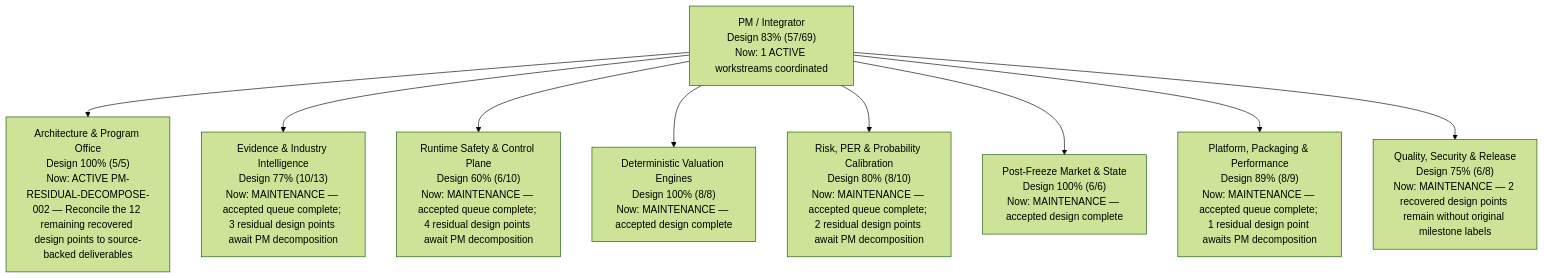
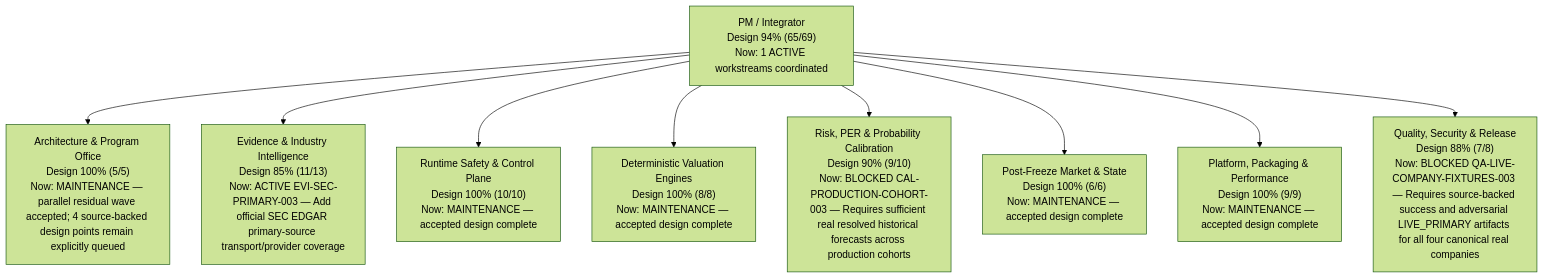
Before and after one commit to newwonwoo/valuation: the diagram in PROJECT_STATUS.md, drawn with Mermaid (forest theme). The commit also changed other lines of this file, not shown here.

Commit message:
Regenerate PM status after parallel residual acceptance

````diff
--- a/PROJECT_STATUS.md
+++ b/PROJECT_STATUS.md
@@ -24,12 +24,12 @@
 ```mermaid
 flowchart TB
-  PM["PM / Integrator<br/>Design 83% (57/69)<br/>Now: 1 ACTIVE workstreams coordinated"]
-  PM --> PMO["Architecture & Program Office<br/>Design 100% (5/5)<br/>Now: ACTIVE PM-RESIDUAL-DECOMPOSE-002 — Reconcile the 12 remaining recovered design points to source-backed deliverables"]
-  PM --> EVIDENCE["Evidence & Industry Intelligence<br/>Design 77% (10/13)<br/>Now: MAINTENANCE — accepted queue complete; 3 residual design points await PM decomposition"]
-  PM --> RUNTIME["Runtime Safety & Control Plane<br/>Design 60% (6/10)<br/>Now: MAINTENANCE — accepted queue complete; 4 residual design points await PM decomposition"]
+  PM["PM / Integrator<br/>Design 94% (65/69)<br/>Now: 1 ACTIVE workstreams coordinated"]
+  PM --> PMO["Architecture & Program Office<br/>Design 100% (5/5)<br/>Now: MAINTENANCE — parallel residual wave accepted; 4 source-backed design points remain explicitly queued"]
+  PM --> EVIDENCE["Evidence & Industry Intelligence<br/>Design 85% (11/13)<br/>Now: ACTIVE EVI-SEC-PRIMARY-003 — Add official SEC EDGAR primary-source transport/provider coverage"]
+  PM --> RUNTIME["Runtime Safety & Control Plane<br/>Design 100% (10/10)<br/>Now: MAINTENANCE — accepted design complete"]
   PM --> VALUATION["Deterministic Valuation Engines<br/>Design 100% (8/8)<br/>Now: MAINTENANCE — accepted design complete"]
-  PM --> CALIBRATION["Risk, PER & Probability Calibration<br/>Design 80% (8/10)<br/>Now: MAINTENANCE — accepted queue complete; 2 residual design points await PM decomposition"]
+  PM --> CALIBRATION["Risk, PER & Probability Calibration<br/>Design 90% (9/10)<br/>Now: BLOCKED CAL-PRODUCTION-COHORT-003 — Requires sufficient real resolved historical forecasts across production cohorts"]
   PM --> POST_FREEZE["Post-Freeze Market & State<br/>Design 100% (6/6)<br/>Now: MAINTENANCE — accepted design complete"]
-  PM --> PLATFORM["Platform, Packaging & Performance<br/>Design 89% (8/9)<br/>Now: MAINTENANCE — accepted queue complete; 1 residual design point awaits PM decomposition"]
-  PM --> QA_RELEASE["Quality, Security & Release<br/>Design 75% (6/8)<br/>Now: MAINTENANCE — 2 recovered design points remain without original milestone labels"]
+  PM --> PLATFORM["Platform, Packaging & Performance<br/>Design 100% (9/9)<br/>Now: MAINTENANCE — accepted design complete"]
+  PM --> QA_RELEASE["Quality, Security & Release<br/>Design 88% (7/8)<br/>Now: BLOCKED QA-LIVE-COMPANY-FIXTURES-003 — Requires source-backed success and adversarial LIVE_PRIMARY artifacts for all four canonical real companies"]
 ```
````
